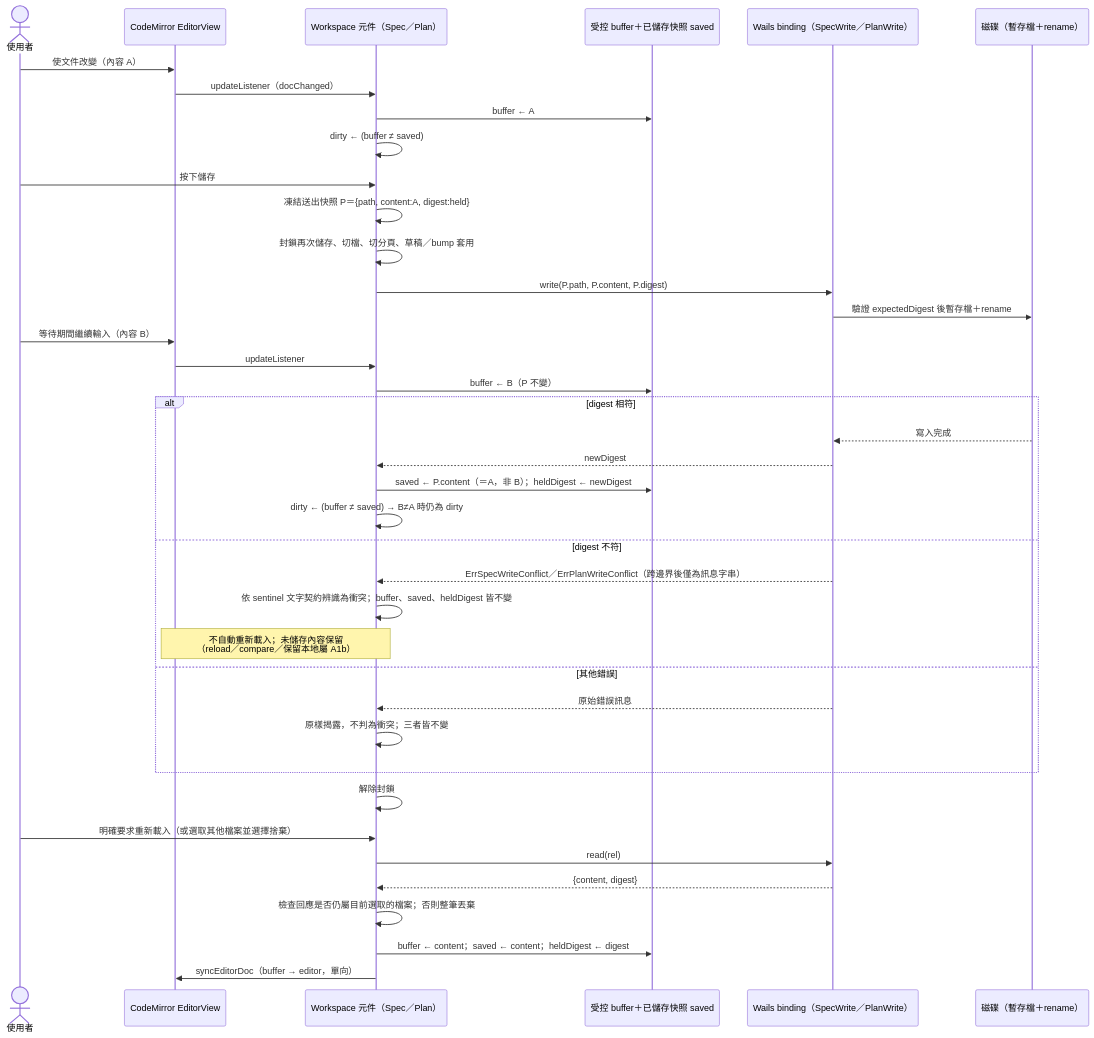
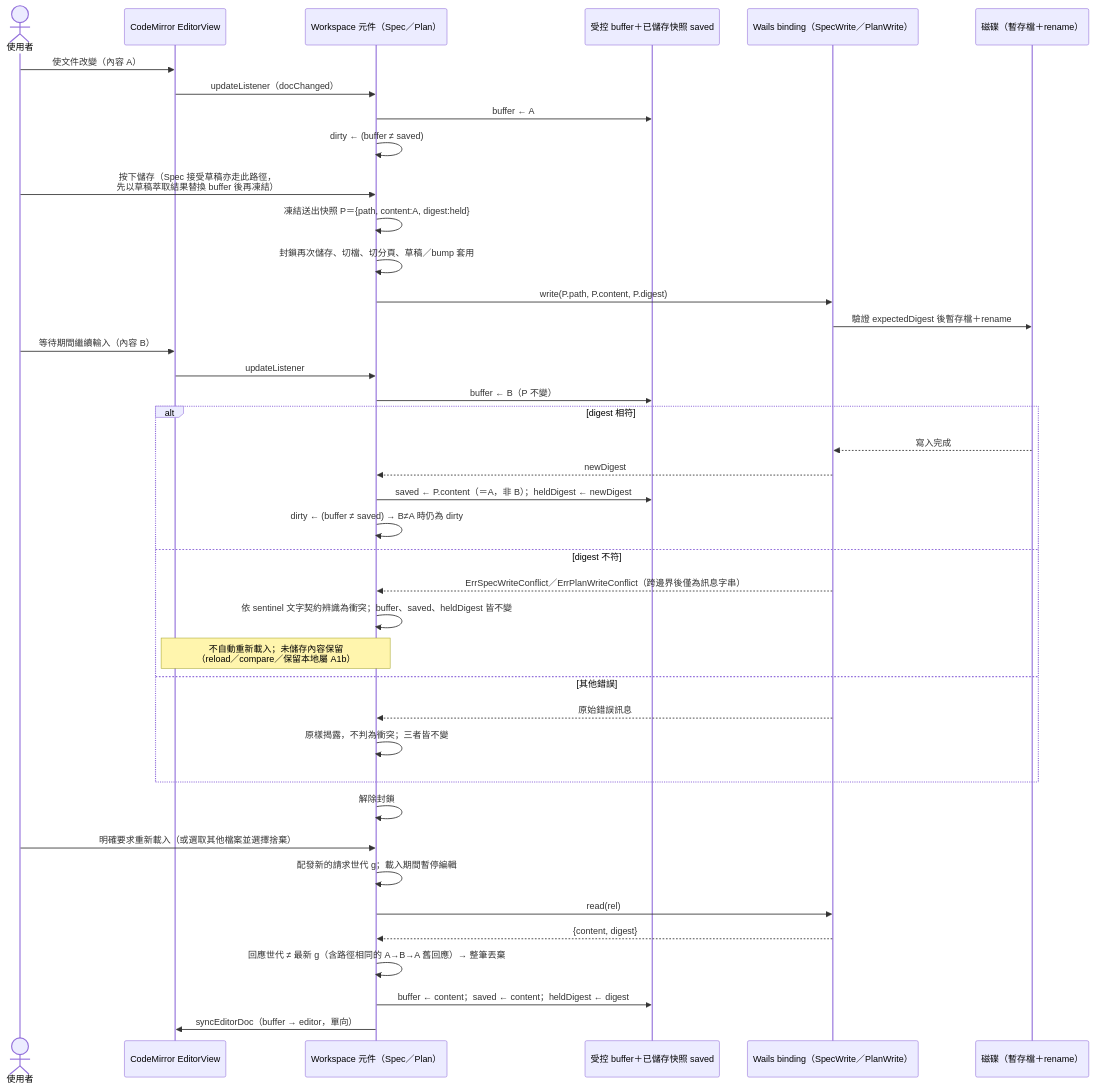
One commit to slam0504/ai-software-engineering changed the diagram in docs/architecture/diagrams/a1a-seq-save.mmd. Above: the diagram before and after it, drawn with Mermaid. The commit also changed 4 other files, not shown here.

First line of the commit message:
docs(a1a): rev3——草稿語意分流（Spec acceptDraft 保留立即寫入）、載入請求世代與 confirmBump 版本檢查、重載前斷言與捨棄後導覽、逐元件變異、拆票分攤修正；backlog rev30 記錄拆分

```diff
--- a/docs/architecture/diagrams/a1a-seq-save.mmd
+++ b/docs/architecture/diagrams/a1a-seq-save.mmd
@@ -1,45 +1,47 @@
 sequenceDiagram
-  %% A1a rev2：真實輸入 → 儲存（含等待期間繼續輸入）→ 衝突分支 → 重新載入
+  %% A1a rev3：真實輸入 → 儲存（含等待期間繼續輸入）→ 衝突分支 → 重新載入（請求世代）
+  %% Spec acceptDraft 走同一條寫入路徑：先以草稿萃取結果替換 buffer，該內容即為送出快照 P
   actor U as 使用者
   participant CM as CodeMirror EditorView
   participant C as Workspace 元件（Spec／Plan）
   participant B as 受控 buffer＋已儲存快照 saved
   participant W as Wails binding（SpecWrite／PlanWrite）
   participant FS as 磁碟（暫存檔＋rename）
 
   U->>CM: 使文件改變（內容 A）
   CM->>C: updateListener（docChanged）
   C->>B: buffer ← A
   C->>C: dirty ← (buffer ≠ saved)
 
-  U->>C: 按下儲存
+  U->>C: 按下儲存（Spec 接受草稿亦走此路徑，<br/>先以草稿萃取結果替換 buffer 後再凍結）
   C->>C: 凍結送出快照 P＝{path, content:A, digest:held}
   C->>C: 封鎖再次儲存、切檔、切分頁、草稿／bump 套用
   C->>W: write(P.path, P.content, P.digest)
   W->>FS: 驗證 expectedDigest 後暫存檔＋rename
 
   U->>CM: 等待期間繼續輸入（內容 B）
   CM->>C: updateListener
   C->>B: buffer ← B（P 不變）
 
   alt digest 相符
     FS-->>W: 寫入完成
     W-->>C: newDigest
     C->>B: saved ← P.content（＝A，非 B）；heldDigest ← newDigest
     C->>C: dirty ← (buffer ≠ saved) → B≠A 時仍為 dirty
   else digest 不符
     W-->>C: ErrSpecWriteConflict／ErrPlanWriteConflict（跨邊界後僅為訊息字串）
     C->>C: 依 sentinel 文字契約辨識為衝突；buffer、saved、heldDigest 皆不變
     Note over C,CM: 不自動重新載入；未儲存內容保留<br/>（reload／compare／保留本地屬 A1b）
   else 其他錯誤
     W-->>C: 原始錯誤訊息
     C->>C: 原樣揭露，不判為衝突；三者皆不變
   end
   C->>C: 解除封鎖
 
   U->>C: 明確要求重新載入（或選取其他檔案並選擇捨棄）
+  C->>C: 配發新的請求世代 g；載入期間暫停編輯
   C->>W: read(rel)
   W-->>C: {content, digest}
-  C->>C: 檢查回應是否仍屬目前選取的檔案；否則整筆丟棄
+  C->>C: 回應世代 ≠ 最新 g（含路徑相同的 A→B→A 舊回應）→ 整筆丟棄
   C->>B: buffer ← content；saved ← content；heldDigest ← digest
   C->>CM: syncEditorDoc（buffer → editor，單向）
```
